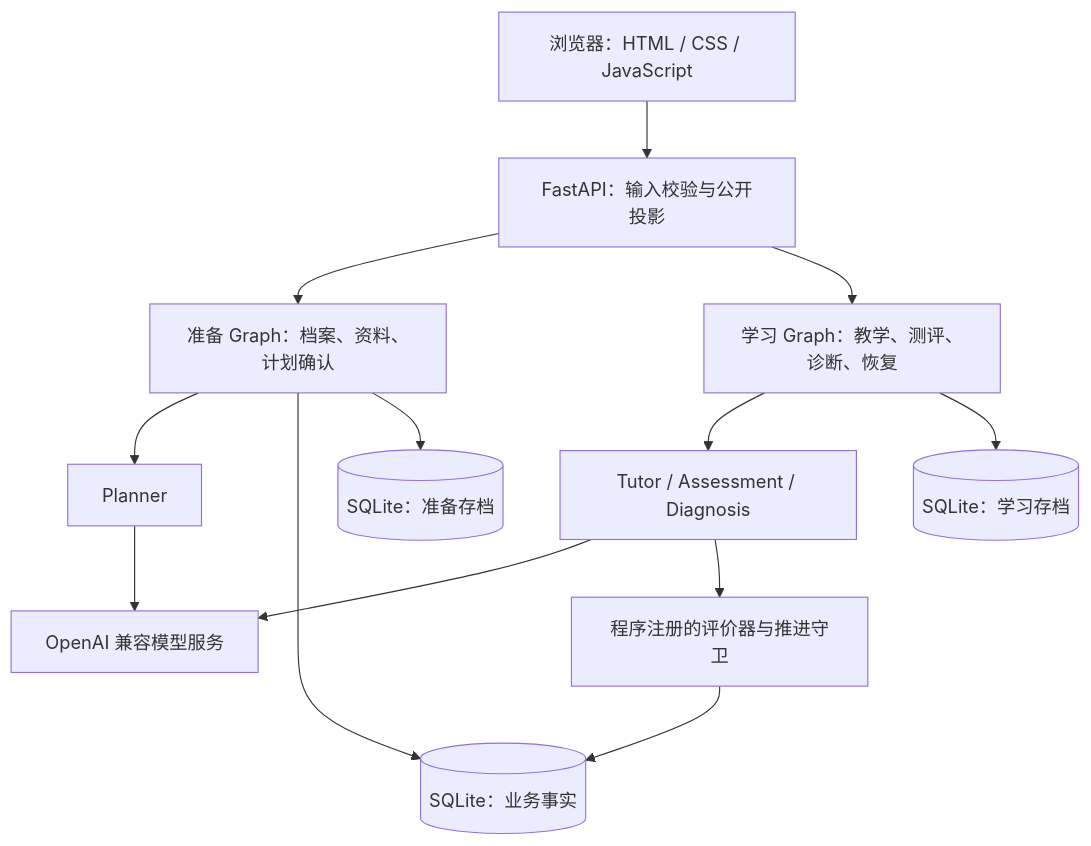
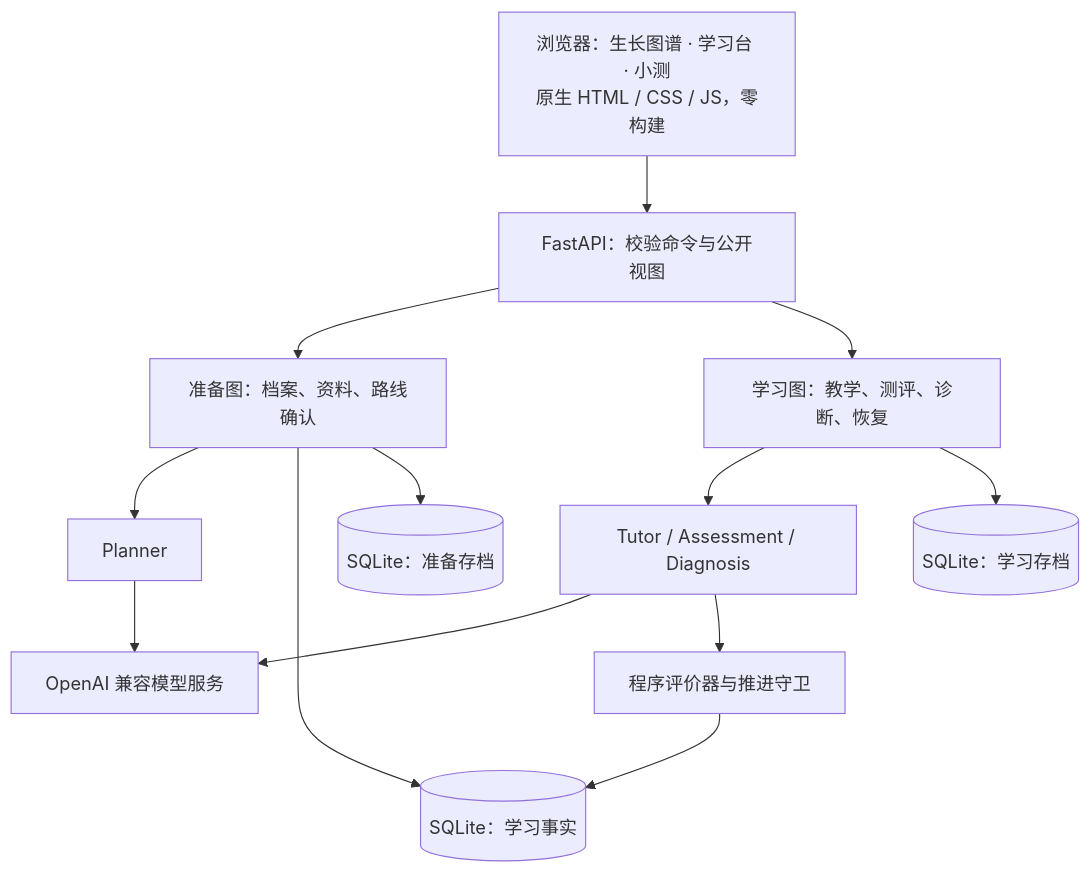
The second of 2 diagrams in README.zh-CN.md (Dog-Headed/skilltree-ai), drawn with Mermaid before and after one commit. The commit also changed other lines of this file and 14 other files, not shown here.

First line of the commit message:
docs: refresh README with the botanical growth-graph interface

````diff
--- a/README.zh-CN.md
+++ b/README.zh-CN.md
@@ -85,15 +150,15 @@
 ```mermaid
 flowchart TD
-    UI[浏览器：HTML / CSS / JavaScript] --> API[FastAPI：输入校验与公开投影]
-    API --> PREP[准备 Graph：档案、资料、计划确认]
-    API --> LEARN[学习 Graph：教学、测评、诊断、恢复]
+    UI[浏览器：生长图谱 · 学习台 · 小测<br>原生 HTML / CSS / JS，零构建] --> API[FastAPI：校验命令与公开视图]
+    API --> PREP[准备图：档案、资料、路线确认]
+    API --> LEARN[学习图：教学、测评、诊断、恢复]
     PREP --> PLAN[Planner]
     LEARN --> AGENTS[Tutor / Assessment / Diagnosis]
     PLAN --> LLM[OpenAI 兼容模型服务]
     AGENTS --> LLM
-    AGENTS --> GUARD[程序注册的评价器与推进守卫]
-    GUARD --> FACTS[(SQLite：业务事实)]
+    AGENTS --> GUARD[程序评价器与推进守卫]
+    GUARD --> FACTS[(SQLite：学习事实)]
     PREP --> FACTS
     PREP --> PCP[(SQLite：准备存档)]
     LEARN --> LCP[(SQLite：学习存档)]
 ```
````
